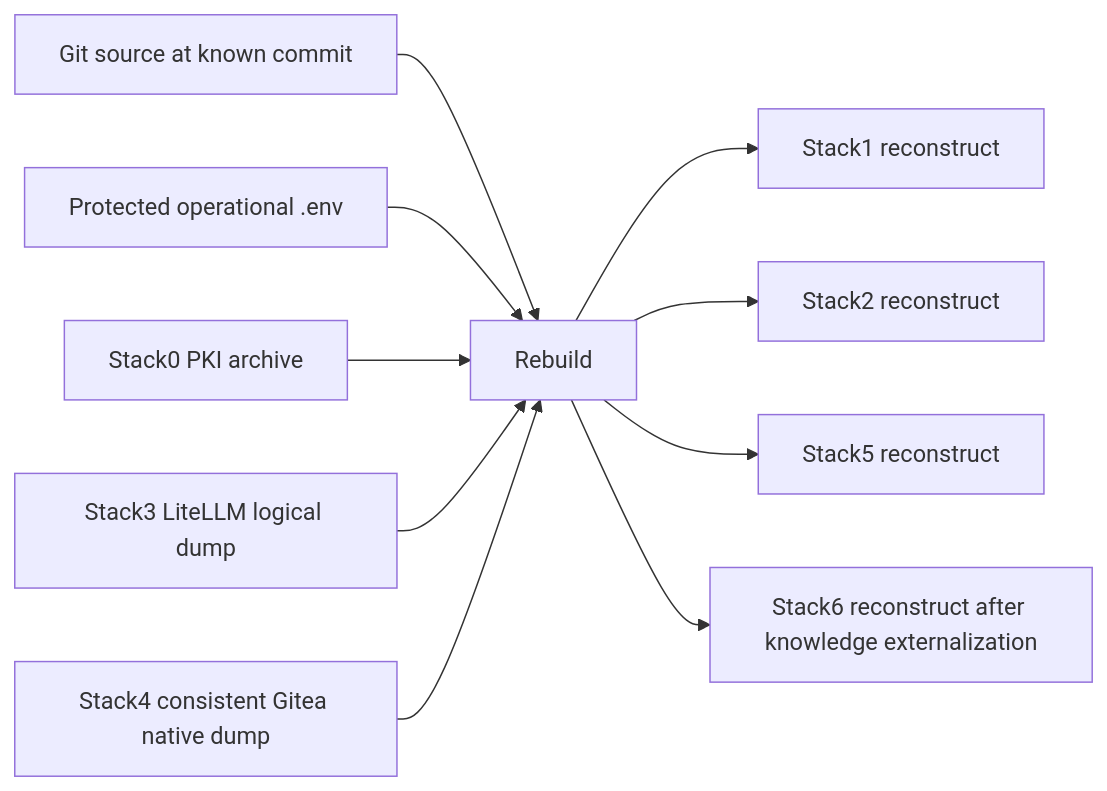
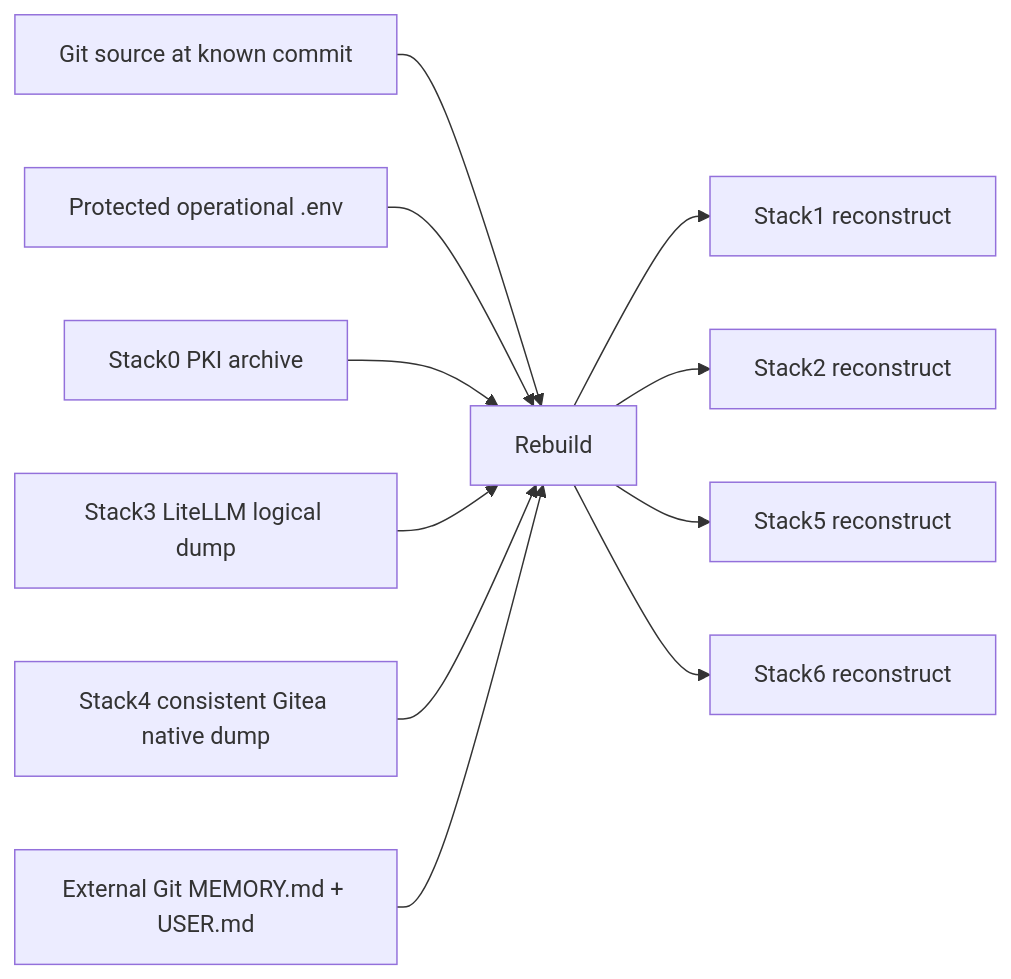
The diagram in bkp-dr/README.md (ea1het/local_hybrid_ai), drawn with Mermaid before and after one commit. The commit also changed other lines of this file, not shown here.

Commit message:
Document Stack6 portable-memory DR boundary

````diff
--- a/bkp-dr/README.md
+++ b/bkp-dr/README.md
@@ -24,12 +25,13 @@
 ```mermaid
 flowchart LR
   SRC[Git source at known commit] --> R[Rebuild]
   ENV[Protected operational .env] --> R
   PKI[Stack0 PKI archive] --> R
   LDB[Stack3 LiteLLM logical dump] --> R
   GS[Stack4 consistent Gitea native dump] --> R
+  PM[External Git MEMORY.md + USER.md] --> R
   R --> S1[Stack1 reconstruct]
   R --> S2[Stack2 reconstruct]
   R --> S5[Stack5 reconstruct]
-  R --> S6[Stack6 reconstruct after knowledge externalization]
+  R --> S6[Stack6 reconstruct]
 ```
````
